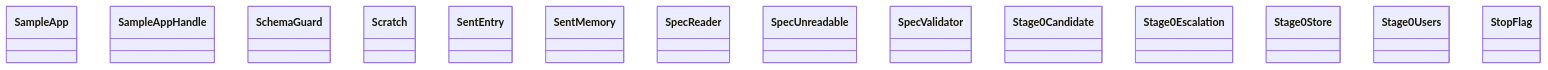
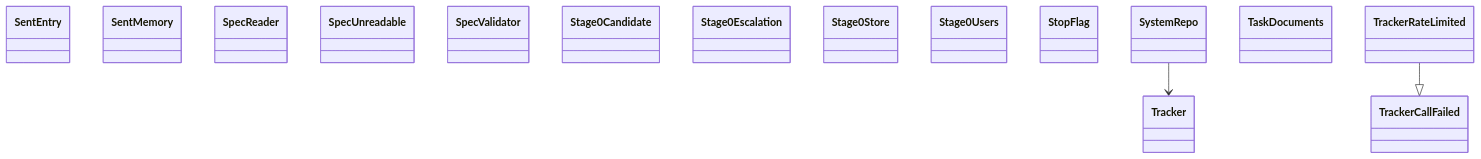
Before and after one commit to GonzaloZevallos/agentic-system: the diagram in docs/architecture/generated/classes-process-application-support-6.md, drawn with Mermaid. The commit also changed other lines of this file and 18 other files, not shown here.

````diff
--- a/docs/architecture/generated/classes-process-application-support-6.md
+++ b/docs/architecture/generated/classes-process-application-support-6.md
@@ -20,17 +20,20 @@
 ```mermaid
 classDiagram
-    class ports__SampleApp["SampleApp"]
-    class ports__SampleAppHandle["SampleAppHandle"]
-    class ports__SchemaGuard["SchemaGuard"]
-    class ports__Scratch["Scratch"]
     class ports__SentEntry["SentEntry"]
     class ports__SentMemory["SentMemory"]
     class ports__SpecReader["SpecReader"]
     class ports__SpecUnreadable["SpecUnreadable"]
     class ports__SpecValidator["SpecValidator"]
     class ports__Stage0Candidate["Stage0Candidate"]
     class ports__Stage0Escalation["Stage0Escalation"]
     class ports__Stage0Store["Stage0Store"]
     class ports__Stage0Users["Stage0Users"]
     class ports__StopFlag["StopFlag"]
+    class ports__SystemRepo["SystemRepo"]
+    class ports__TaskDocuments["TaskDocuments"]
+    class ports__Tracker["Tracker"]
+    class ports__TrackerCallFailed["TrackerCallFailed"]
+    class ports__TrackerRateLimited["TrackerRateLimited"]
+    ports__SystemRepo --> ports__Tracker
+    ports__TrackerRateLimited --|> ports__TrackerCallFailed
 ```
````
